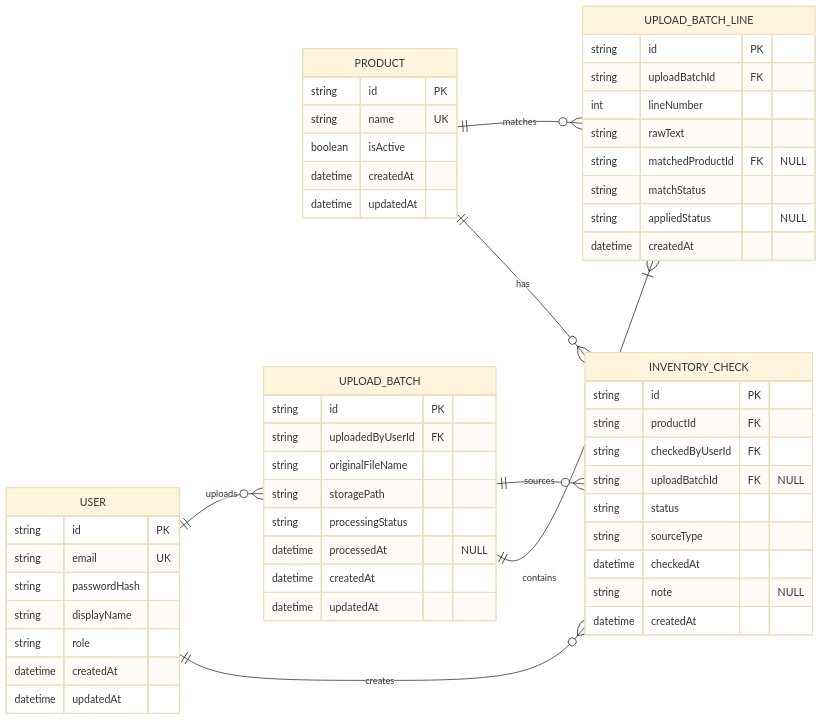
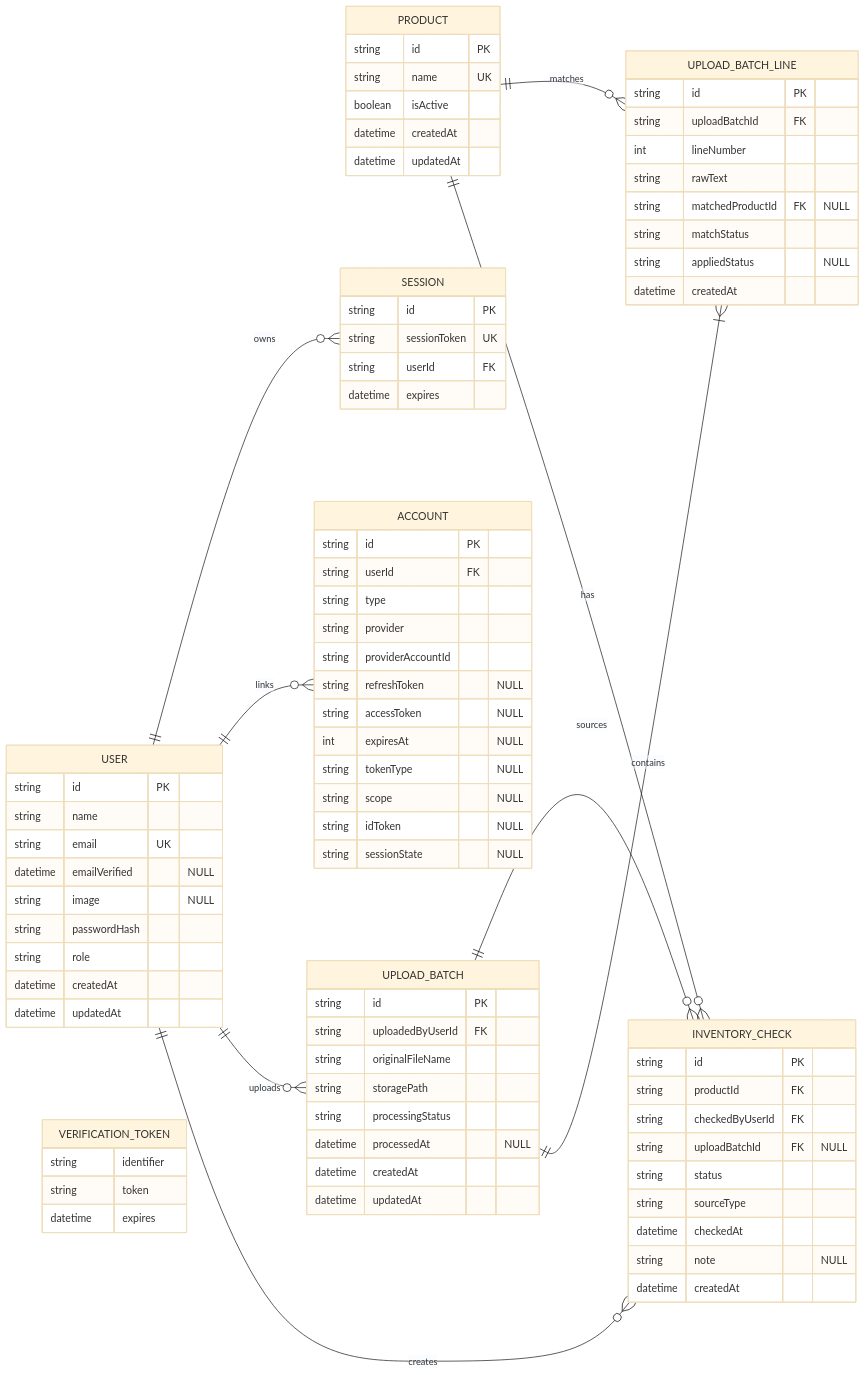
Before and after one commit to KotaOgawa221015/pan-for-play: the diagram in docs/inventory_erd/inventory_erd_mermaid.md, drawn with Mermaid (base theme). The commit also changed other lines of this file and 2 other files, not shown here.

Commit message:
feat: update inventory ERD and explanation to include Auth.js-related tables and fields (#55)

```diff
--- a/docs/inventory_erd/inventory_erd_mermaid.md
+++ b/docs/inventory_erd/inventory_erd_mermaid.md
@@ -11,6 +13,8 @@
     PRODUCT ||--o{ INVENTORY_CHECK : has
     USER ||--o{ INVENTORY_CHECK : creates
     USER ||--o{ UPLOAD_BATCH : uploads
+    USER ||--o{ ACCOUNT : links
+    USER ||--o{ SESSION : owns
     UPLOAD_BATCH ||--|{ UPLOAD_BATCH_LINE : contains
     UPLOAD_BATCH ||--o{ INVENTORY_CHECK : sources
     PRODUCT ||--o{ UPLOAD_BATCH_LINE : matches
@@ -25,12 +29,42 @@
 
     USER {
         string id PK
+        string name
         string email UK
+        datetime emailVerified "NULL"
+        string image "NULL"
         string passwordHash
-        string displayName
         string role
         datetime createdAt
         datetime updatedAt
+    }
+
+    ACCOUNT {
+        string id PK
+        string userId FK
+        string type
+        string provider
+        string providerAccountId
+        string refreshToken "NULL"
+        string accessToken "NULL"
+        int expiresAt "NULL"
+        string tokenType "NULL"
+        string scope "NULL"
+        string idToken "NULL"
+        string sessionState "NULL"
+    }
+
+    SESSION {
+        string id PK
+        string sessionToken UK
+        string userId FK
+        datetime expires
+    }
+
+    VERIFICATION_TOKEN {
+        string identifier
+        string token
+        datetime expires
     }
 
     INVENTORY_CHECK {
```
